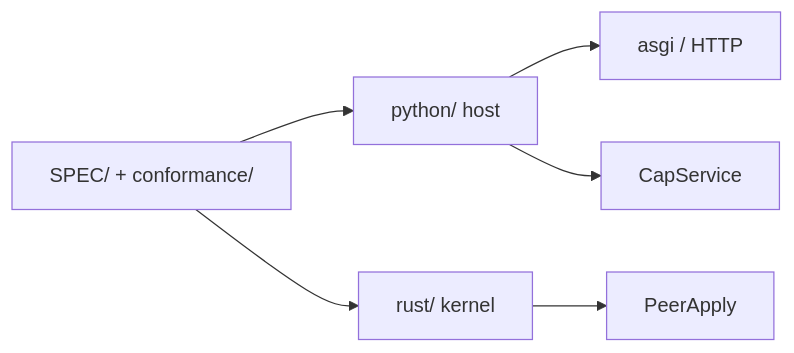
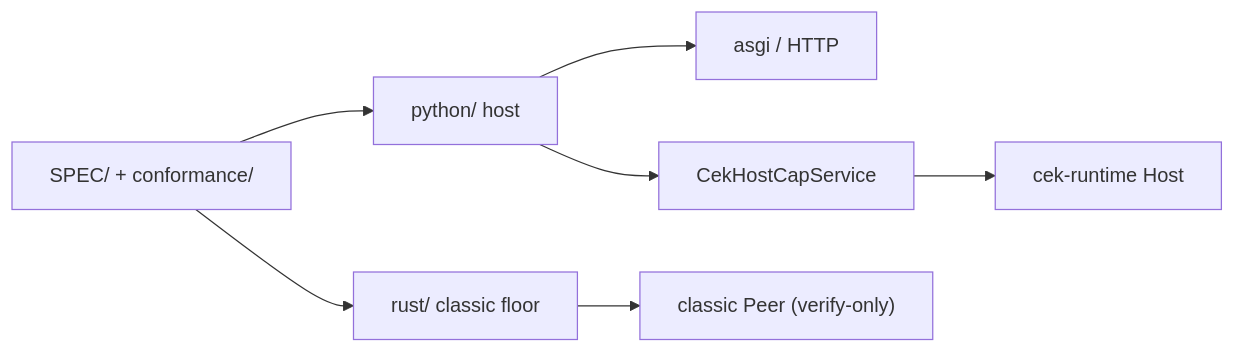
The second of 2 diagrams in docs/internals/c4.md (bitplorer/ux-channel), drawn with Mermaid before and after one commit. The commit also changed other lines of this file and 15 other files, not shown here.

First line of the commit message:
fix(cek): Host-only once under require + SPEC truth (cut #5A+B) (#22)

````diff
--- a/docs/internals/c4.md
+++ b/docs/internals/c4.md
@@ -34,8 +39,9 @@
 ```mermaid
 flowchart LR
   SPEC["SPEC/ + conformance/"] --> Py["python/ host"]
-  SPEC --> Rs["rust/ kernel"]
+  SPEC --> Rs["rust/ classic floor"]
   Py --> ASGI["asgi / HTTP"]
-  Py --> Caps["CapService"]
-  Rs --> Peer["PeerApply"]
+  Py --> Caps["CekHostCapService"]
+  Caps --> Cek["cek-runtime Host"]
+  Rs --> Peer["classic Peer (verify-only)"]
 ```
````
